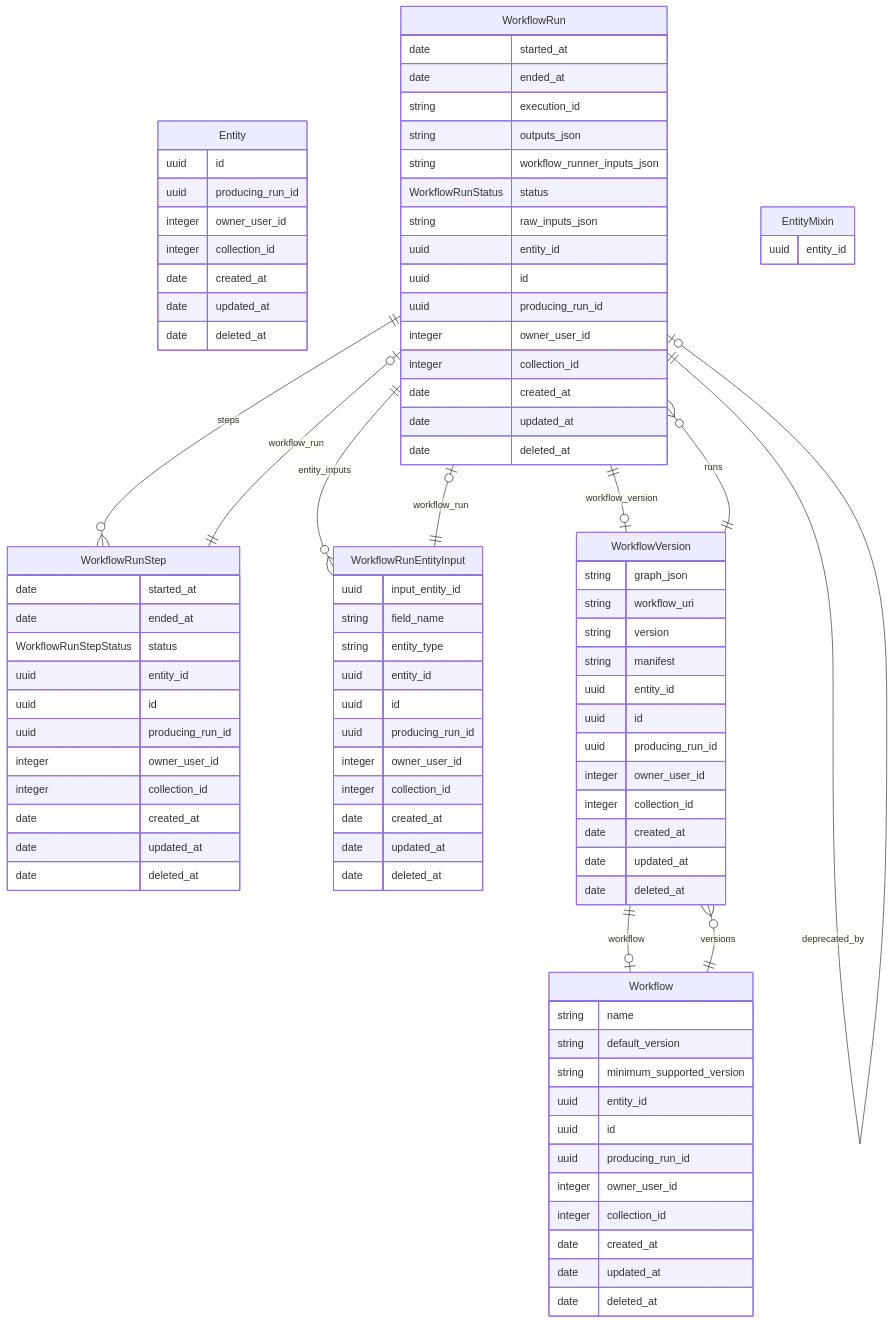
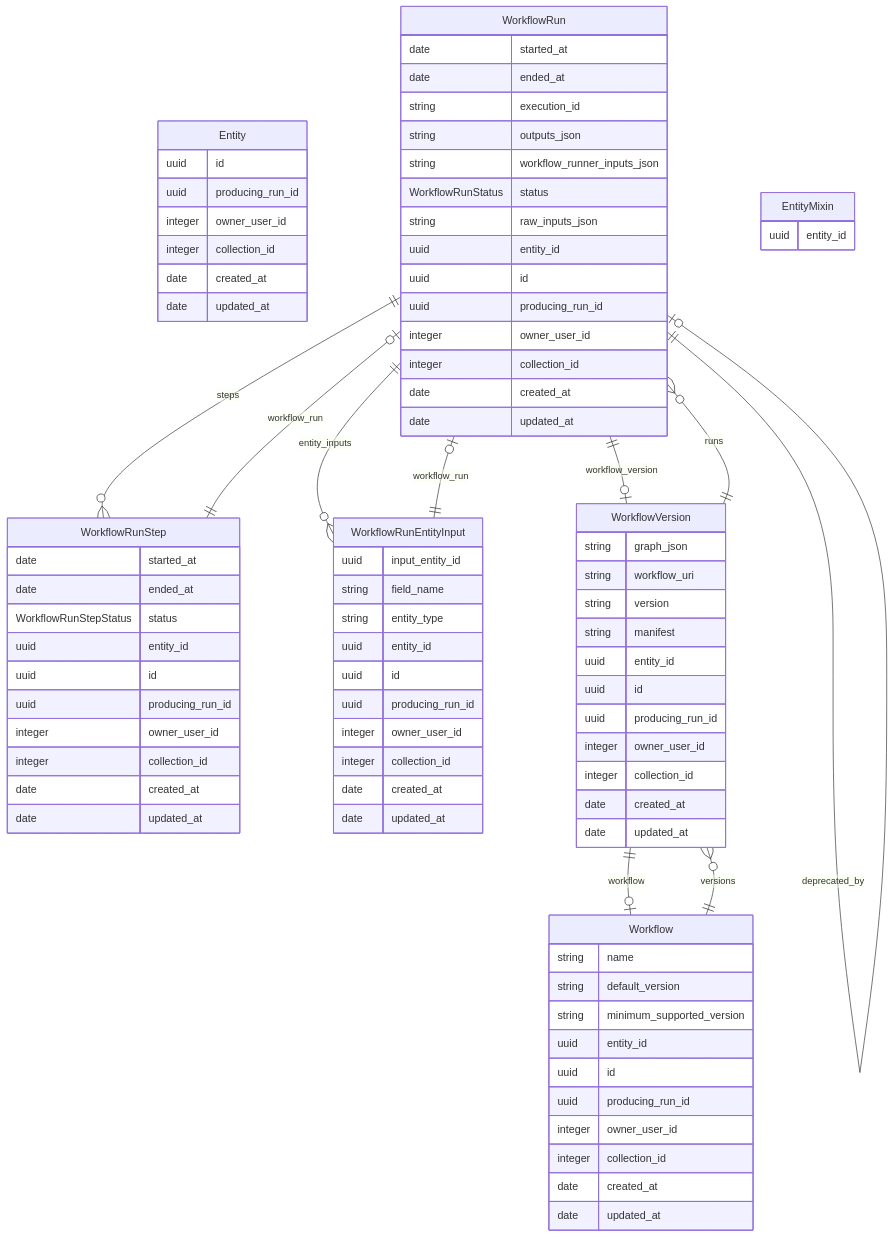
One commit to chanzuckerberg/czid-platformics changed the diagram in workflows/schema/README.md. Above: the diagram before and after it, drawn with Mermaid. The commit also changed 18 other files, not shown here.

```diff
--- a/workflows/schema/README.md
+++ b/workflows/schema/README.md
@@ -7,7 +7,6 @@
     integer collection_id  
     date created_at  
     date updated_at  
-    date deleted_at  
 }
 WorkflowRun {
     date started_at  
@@ -24,7 +23,6 @@
     integer collection_id  
     date created_at  
     date updated_at  
-    date deleted_at  
 }
 Workflow {
     string name  
@@ -37,7 +35,6 @@
     integer collection_id  
     date created_at  
     date updated_at  
-    date deleted_at  
 }
 WorkflowRunStep {
     date started_at  
@@ -50,7 +47,6 @@
     integer collection_id  
     date created_at  
     date updated_at  
-    date deleted_at  
 }
 WorkflowRunEntityInput {
     uuid input_entity_id  
@@ -63,7 +59,6 @@
     integer collection_id  
     date created_at  
     date updated_at  
-    date deleted_at  
 }
 WorkflowVersion {
     string graph_json  
@@ -77,7 +72,6 @@
     integer collection_id  
     date created_at  
     date updated_at  
-    date deleted_at  
 }
 EntityMixin {
     uuid entity_id  
```
